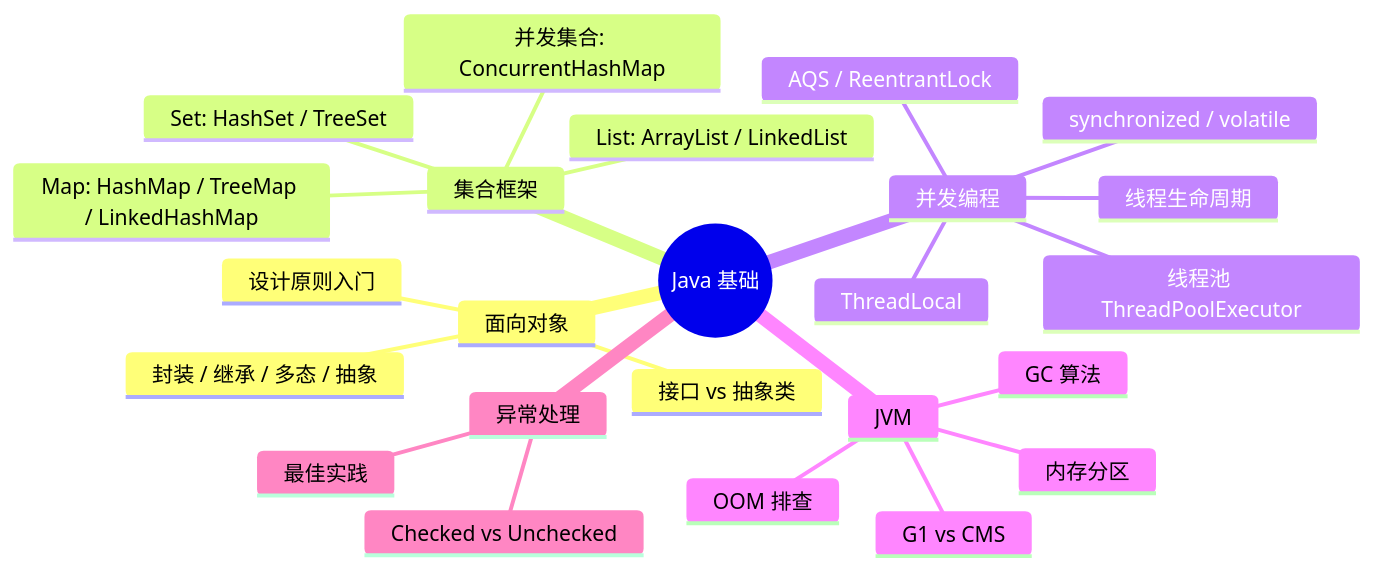
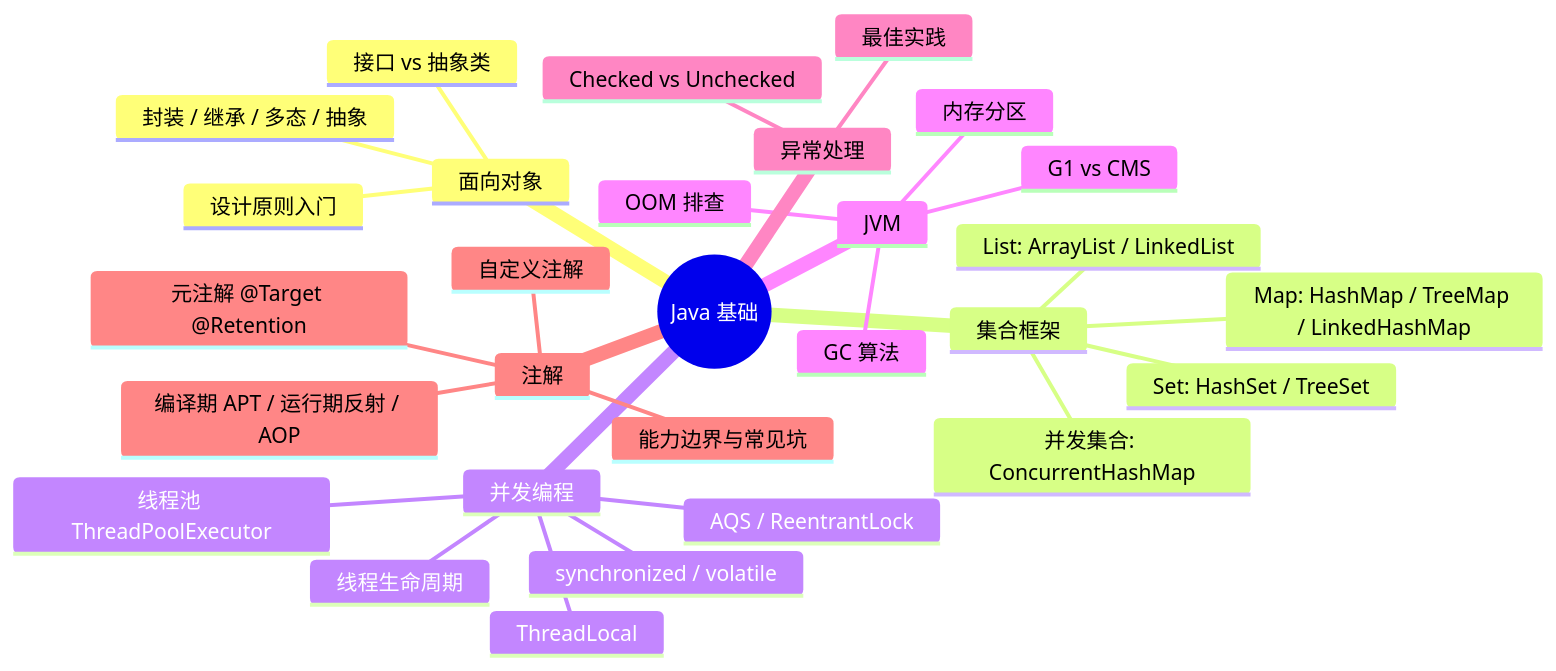
The first of 13 diagrams in 01-java-basic/00-Java基础与JVM概览.md (b1tzer/b1tzer.github.io), drawn with Mermaid before and after one commit. The commit also changed 31 other files, not shown here.

````diff
--- a/01-java-basic/00-Java基础与JVM概览.md
+++ b/01-java-basic/00-Java基础与JVM概览.md
@@ -19,27 +19,32 @@
 ```mermaid
 mindmap
     root((Java 基础))
         面向对象
             封装 / 继承 / 多态 / 抽象
             接口 vs 抽象类
             设计原则入门
         集合框架
             List: ArrayList / LinkedList
             Map: HashMap / TreeMap / LinkedHashMap
             Set: HashSet / TreeSet
             并发集合: ConcurrentHashMap
         并发编程
             线程生命周期
             synchronized / volatile
             ThreadLocal
             线程池 ThreadPoolExecutor
             AQS / ReentrantLock
         JVM
             内存分区
             GC 算法
             G1 vs CMS
             OOM 排查
         异常处理
             Checked vs Unchecked
             最佳实践
+        注解
+            元注解 @Target @Retention
+            自定义注解
+            编译期 APT / 运行期反射 / AOP
+            能力边界与常见坑
 ```
````
